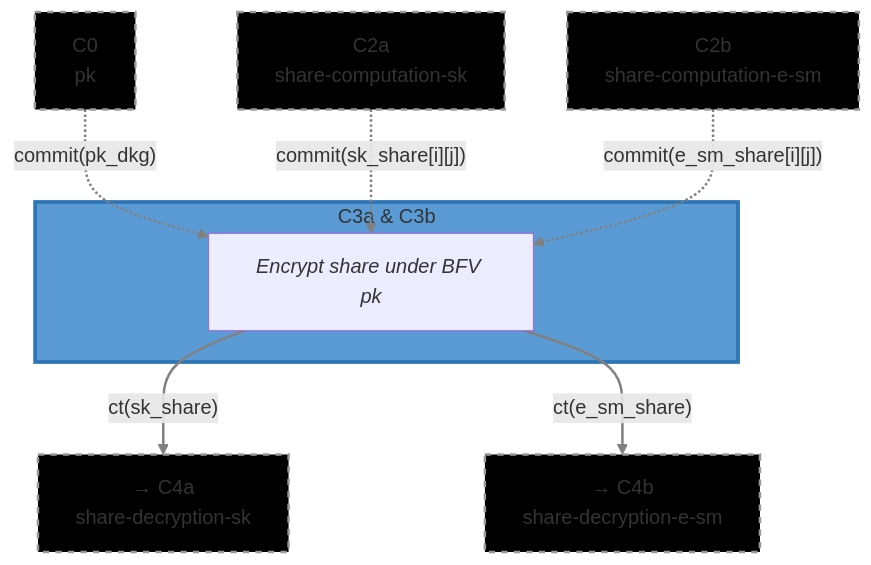
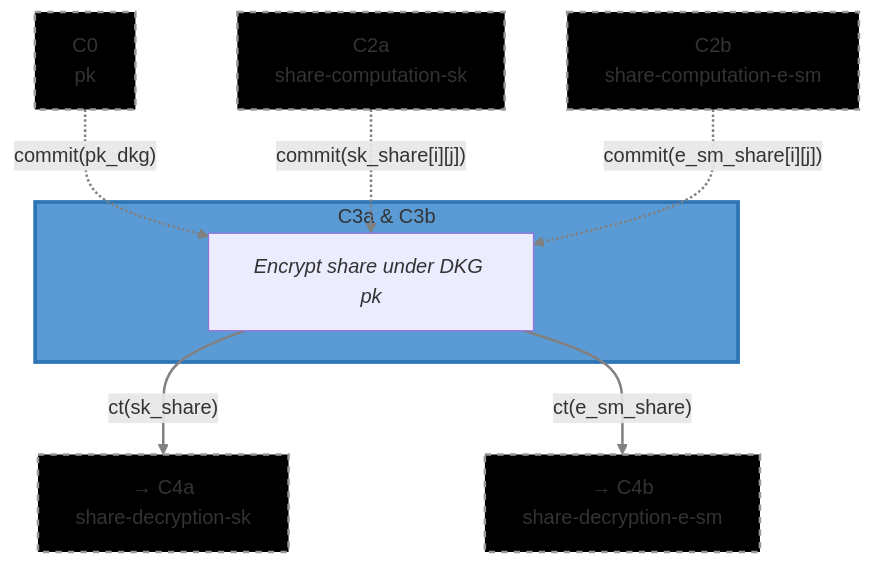
Before and after one commit to gnosisguild/enclave: the diagram in circuits/bin/dkg/share_encryption/README.md, drawn with Mermaid. The commit also changed other lines of this file and 10 other files, not shown here.

````diff
--- a/circuits/bin/dkg/share_encryption/README.md
+++ b/circuits/bin/dkg/share_encryption/README.md
@@ -13,26 +13,26 @@
 ```mermaid
 flowchart TD
     Input0["C0<br>pk"] -.->|"commit(pk_dkg)"| C3
     Input2a["C2a<br>share-computation-sk"] -.->|"commit(sk_share[i][j])"| C3
     Input2b["C2b<br>share-computation-e-sm"] -.->|"commit(e_sm_share[i][j])"| C3
 
     subgraph Focus["C3a & C3b"]
-        C3["<i>Encrypt share under BFV pk</i>"]
+        C3["<i>Encrypt share under DKG pk</i>"]
     end
 
     C3 -->|"ct(sk_share)"| Output1["→ C4a<br>share-decryption-sk"]
     C3 -->|"ct(e_sm_share)"| Output2["→ C4b<br>share-decryption-e-sm"]
 
     style Focus fill:#5B9BD5,stroke:#2E75B6,stroke-width:3px
     style Input0 fill:#000000,stroke:#999,stroke-width:2px,stroke-dasharray: 5 5
     style Input2a fill:#000000,stroke:#999,stroke-width:2px,stroke-dasharray: 5 5
     style Input2b fill:#000000,stroke:#999,stroke-width:2px,stroke-dasharray: 5 5
     style Output1 fill:#000000,stroke:#999,stroke-width:2px,stroke-dasharray: 5 5
     style Output2 fill:#000000,stroke:#999,stroke-width:2px,stroke-dasharray: 5 5
 
     linkStyle 0 stroke:#808080,stroke-width:2px
     linkStyle 1 stroke:#808080,stroke-width:2px
     linkStyle 2 stroke:#808080,stroke-width:2px
     linkStyle 3 stroke:#808080,stroke-width:2px
     linkStyle 4 stroke:#808080,stroke-width:2px
 ```
````
